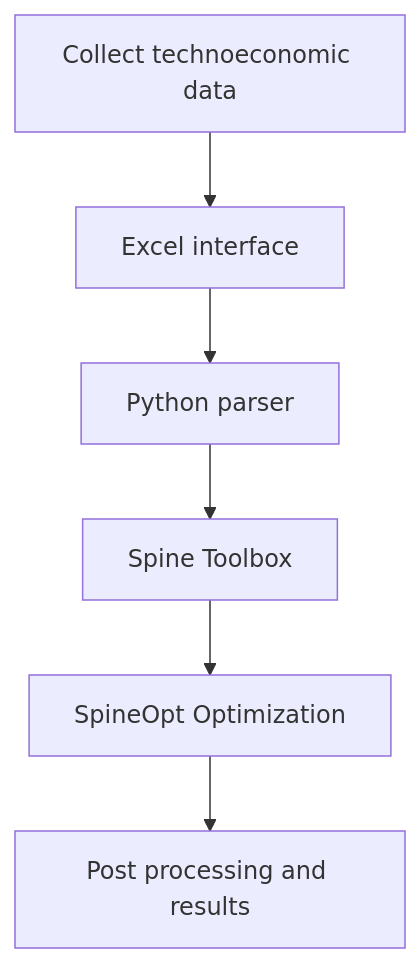
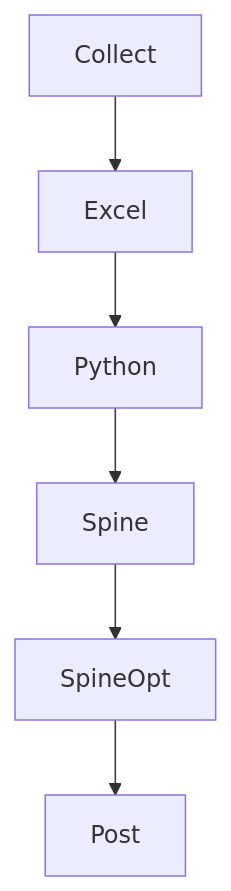
The diagram in docs/1_about.md (tbaptistal/MORPHE2US), drawn with Mermaid before and after one commit.

````diff
--- a/docs/1_about.md
+++ b/docs/1_about.md
@@ -34,19 +34,19 @@
 ```{mermaid}
 flowchart TD
 
 
-    A[Collect technoeconomic data]
+    A[Collect]
 
-    B[Excel interface]
+    B[Excel]
 
-    C[Python parser]
+    C[Python]
 
-    D[Spine Toolbox]
+    D[Spine]
 
-    E[SpineOpt Optimization]
+    E[SpineOpt]
 
-    F[Post processing and results]
+    F[Post]
 
     A --> B --> C --> D --> E --> F
 
 ```
````
